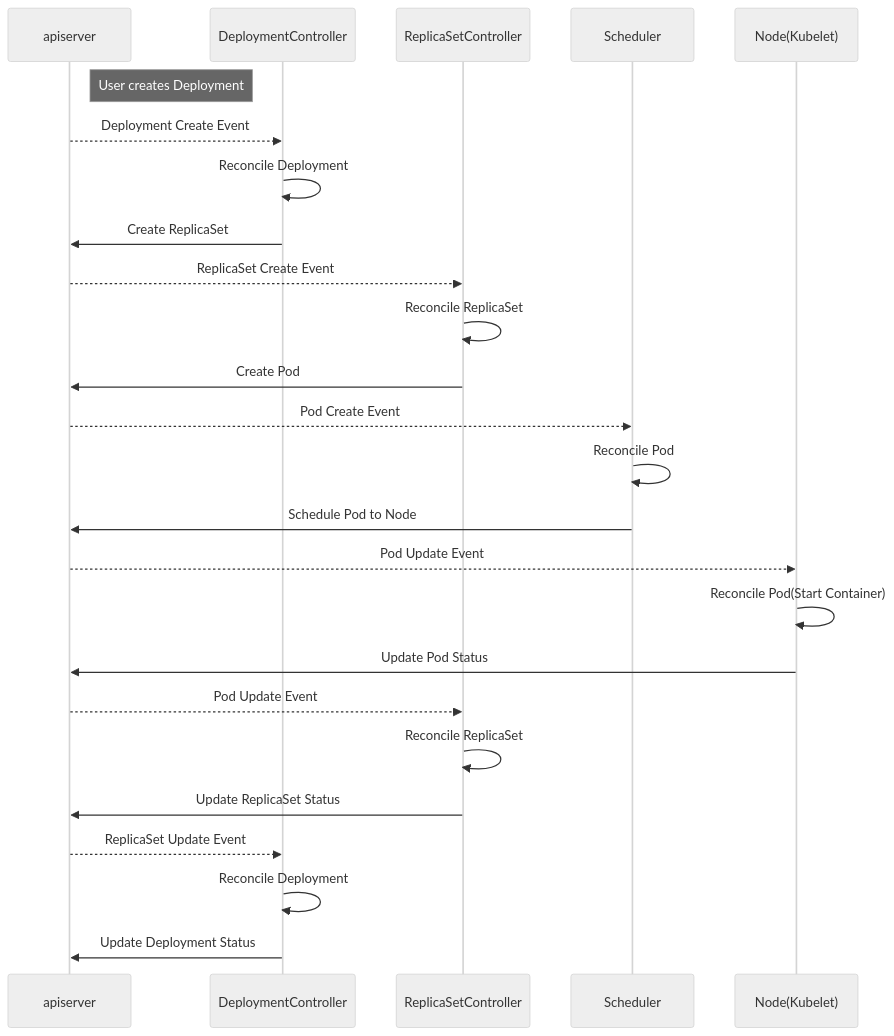
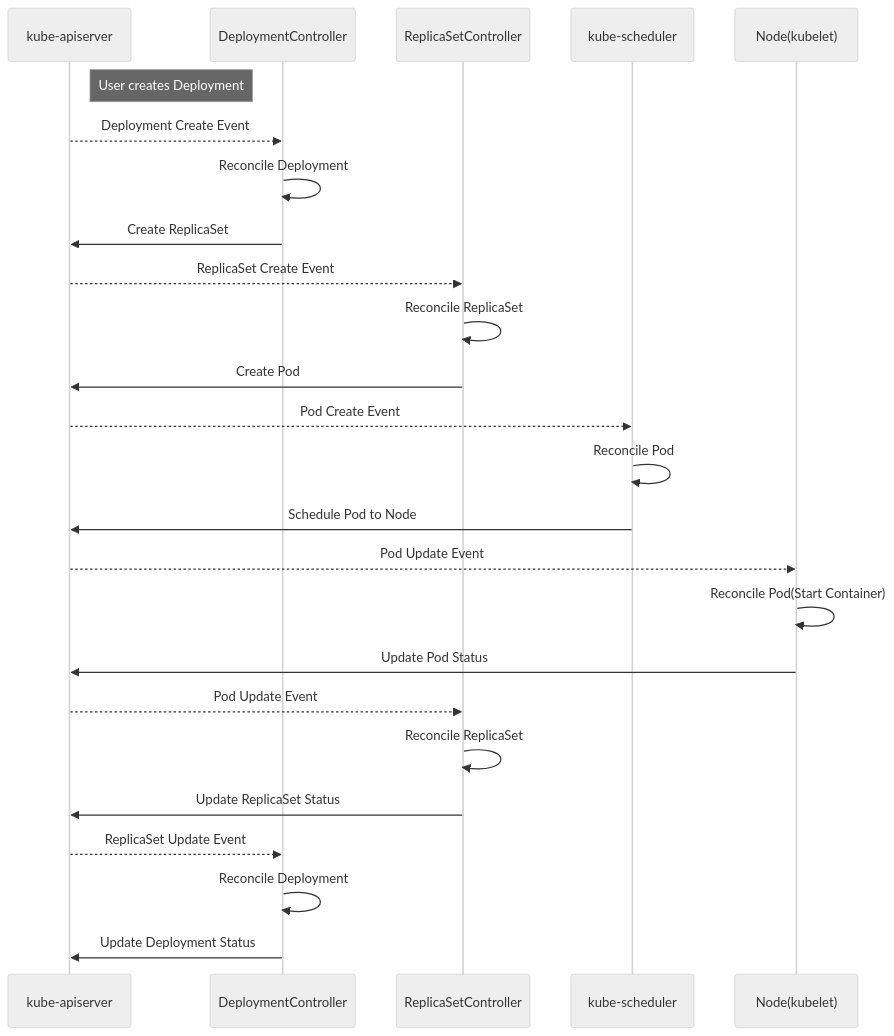
Before and after one commit to hhk7734/wiki: the diagram in docs/mlops/mlops/kubernetes/architecture/controller.mdx, drawn with Mermaid (neutral theme). The commit also changed 2 other files, not shown here.

````diff
--- a/docs/mlops/mlops/kubernetes/architecture/controller.mdx
+++ b/docs/mlops/mlops/kubernetes/architecture/controller.mdx
@@ -27,29 +27,29 @@
 ```mermaid
 sequenceDiagram
-  Note right of apiserver: User creates Deployment
-  apiserver -->> DeploymentController: Deployment Create Event
+  Note right of kube-apiserver: User creates Deployment
+  kube-apiserver -->> DeploymentController: Deployment Create Event
   DeploymentController ->> DeploymentController: Reconcile Deployment
-  DeploymentController ->> apiserver: Create ReplicaSet
+  DeploymentController ->> kube-apiserver: Create ReplicaSet
 
-  apiserver -->> ReplicaSetController: ReplicaSet Create Event
+  kube-apiserver -->> ReplicaSetController: ReplicaSet Create Event
   ReplicaSetController ->> ReplicaSetController: Reconcile ReplicaSet
-  ReplicaSetController ->> apiserver: Create Pod
+  ReplicaSetController ->> kube-apiserver: Create Pod
 
-  apiserver -->> Scheduler: Pod Create Event
-  Scheduler ->> Scheduler: Reconcile Pod
-  Scheduler ->> apiserver: Schedule Pod to Node
+  kube-apiserver -->> kube-scheduler: Pod Create Event
+  kube-scheduler ->> kube-scheduler: Reconcile Pod
+  kube-scheduler ->> kube-apiserver: Schedule Pod to Node
 
-  participant Kubelet as Node(Kubelet)
+  participant kubelet as Node(kubelet)
 
-  apiserver -->> Kubelet: Pod Update Event
-  Kubelet ->> Kubelet: Reconcile Pod(Start Container)
-  Kubelet ->> apiserver: Update Pod Status
+  kube-apiserver -->> kubelet: Pod Update Event
+  kubelet ->> kubelet: Reconcile Pod(Start Container)
+  kubelet ->> kube-apiserver: Update Pod Status
 
-  apiserver -->> ReplicaSetController: Pod Update Event
+  kube-apiserver -->> ReplicaSetController: Pod Update Event
   ReplicaSetController ->> ReplicaSetController: Reconcile ReplicaSet
-  ReplicaSetController ->> apiserver: Update ReplicaSet Status
+  ReplicaSetController ->> kube-apiserver: Update ReplicaSet Status
 
-  apiserver -->> DeploymentController: ReplicaSet Update Event
+  kube-apiserver -->> DeploymentController: ReplicaSet Update Event
   DeploymentController ->> DeploymentController: Reconcile Deployment
-  DeploymentController ->> apiserver: Update Deployment Status
+  DeploymentController ->> kube-apiserver: Update Deployment Status
 ```
````
